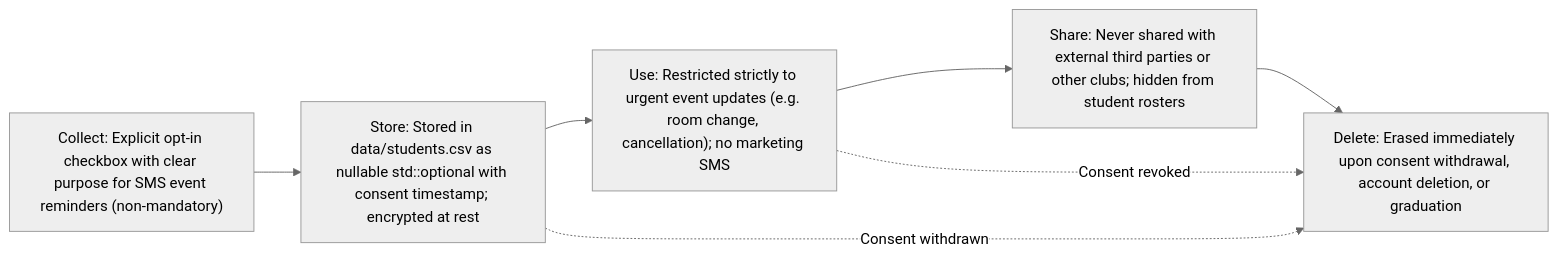
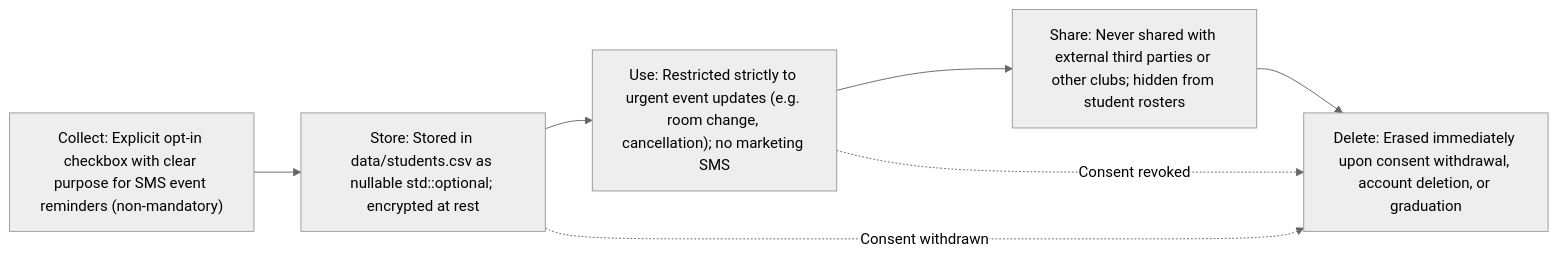
The diagram in lab03/data-inventory.md (KageKishi/clubhub-ISE-4G), drawn with Mermaid (neutral theme) before and after one commit. The commit also changed other lines of this file and 15 other files, not shown here.

````diff
--- a/lab03/data-inventory.md
+++ b/lab03/data-inventory.md
@@ -28,15 +29,15 @@
 ```mermaid
 flowchart LR
     Collect["Collect: Explicit opt-in checkbox with clear purpose for SMS event reminders (non-mandatory)"]
-    Store["Store: Stored in data/students.csv as nullable std::optional with consent timestamp; encrypted at rest"]
+    Store["Store: Stored in data/students.csv as nullable std::optional; encrypted at rest"]
     Use["Use: Restricted strictly to urgent event updates (e.g. room change, cancellation); no marketing SMS"]
     Share["Share: Never shared with external third parties or other clubs; hidden from student rosters"]
     Delete["Delete: Erased immediately upon consent withdrawal, account deletion, or graduation"]
 
     Collect --> Store
     Store --> Use
     Use --> Share
     Share --> Delete
     Store -.->|"Consent withdrawn"| Delete
     Use -.->|"Consent revoked"| Delete
 ```
````
